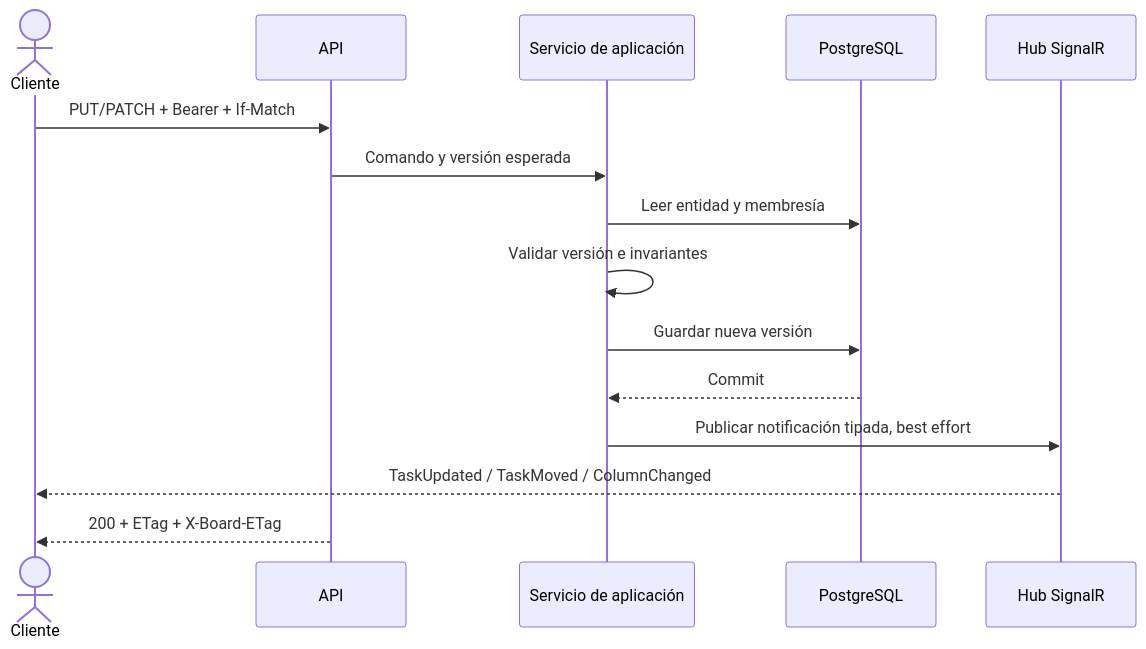
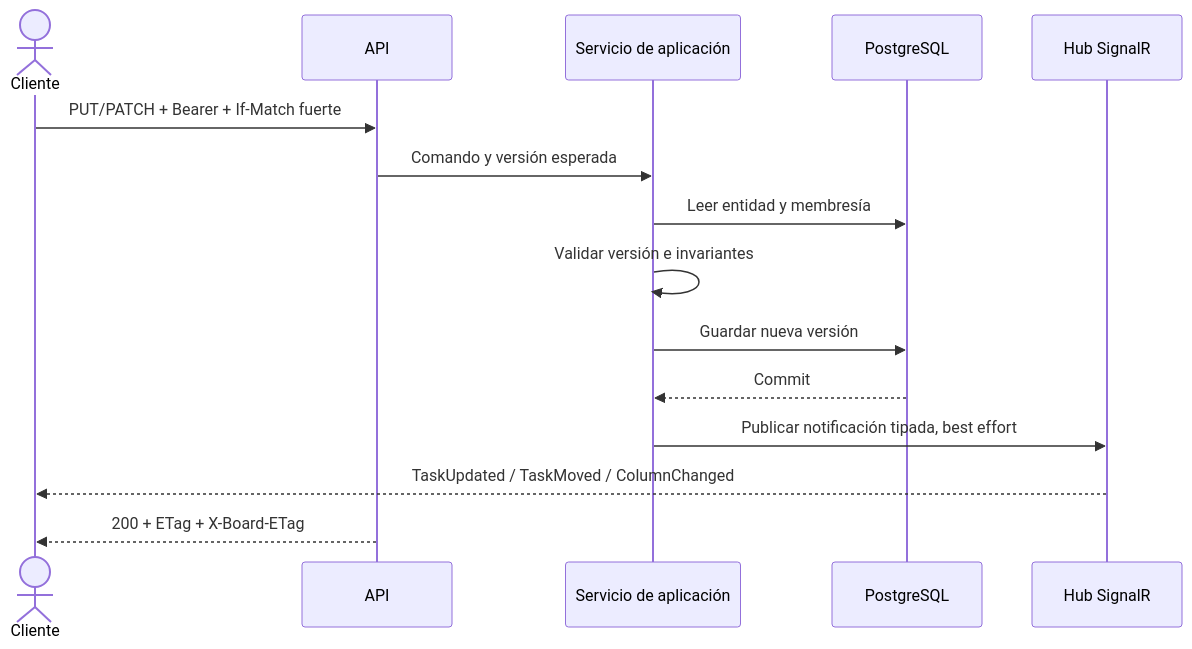
One commit to DRTX2/scrumboard changed the third of 3 diagrams in docs/architecture.md. Above: the diagram before and after it, drawn with Mermaid. The commit also changed other lines of this file and 4 other files, not shown here.

Commit message:
docs: document architecture and operations

````diff
--- a/docs/architecture.md
+++ b/docs/architecture.md
@@ -64,18 +80,18 @@
 ```mermaid
 sequenceDiagram
     actor C as Cliente
     participant A as API
     participant S as Servicio de aplicación
     participant D as PostgreSQL
     participant H as Hub SignalR
 
-    C->>A: PUT/PATCH + Bearer + If-Match
+    C->>A: PUT/PATCH + Bearer + If-Match fuerte
     A->>S: Comando y versión esperada
     S->>D: Leer entidad y membresía
     S->>S: Validar versión e invariantes
     S->>D: Guardar nueva versión
     D-->>S: Commit
     S->>H: Publicar notificación tipada, best effort
     H-->>C: TaskUpdated / TaskMoved / ColumnChanged
     A-->>C: 200 + ETag + X-Board-ETag
 ```
````
